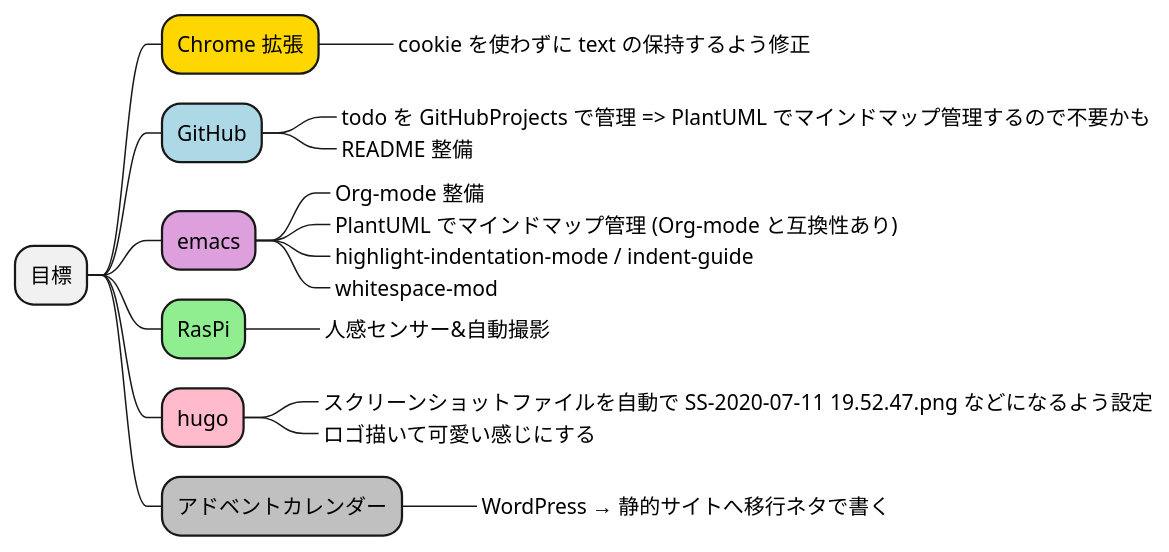
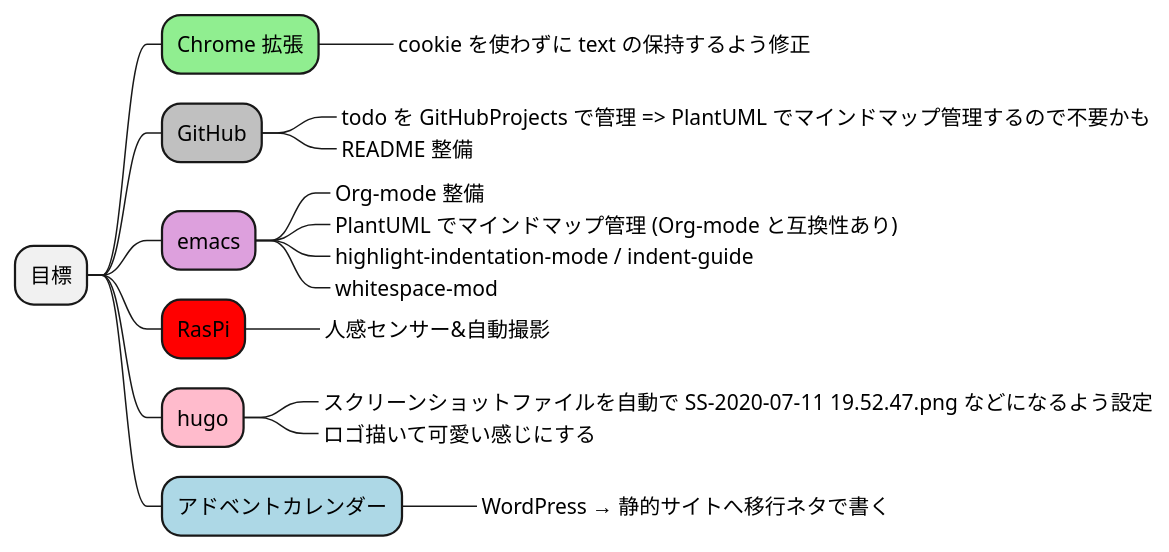
Before and after one commit to Ishizuka427/MindMap: the diagram in test.puml, drawn with PlantUML.

```diff
--- a/test.puml
+++ b/test.puml
@@ -1,20 +1,20 @@
 @startmindmap
 * 目標
-**[#gold] Chrome 拡張
+**[#lightgreen] Chrome 拡張
 ***_ cookie を使わずに text の保持するよう修正
-**[#lightblue] GitHub
+**[#silver] GitHub
 ***_ todo を GitHubProjects で管理 => PlantUML でマインドマップ管理するので不要かも
 ***_ README 整備
 **[#plum] emacs
 ***_ Org-mode 整備
 ***_ PlantUML でマインドマップ管理 (Org-mode と互換性あり)
 ***_ highlight-indentation-mode / indent-guide
 ***_ whitespace-mod
-**[#lightgreen] RasPi
+**[#red] RasPi
 ***_ 人感センサー&自動撮影
 **[#FFBBCC] hugo
 ***_ スクリーンショットファイルを自動で SS-2020-07-11 19.52.47.png などになるよう設定
 ***_ ロゴ描いて可愛い感じにする
-**[#silver] アドベントカレンダー
+**[#lightblue] アドベントカレンダー
 ***_ WordPress → 静的サイトへ移行ネタで書く
 @endmindmap
```
